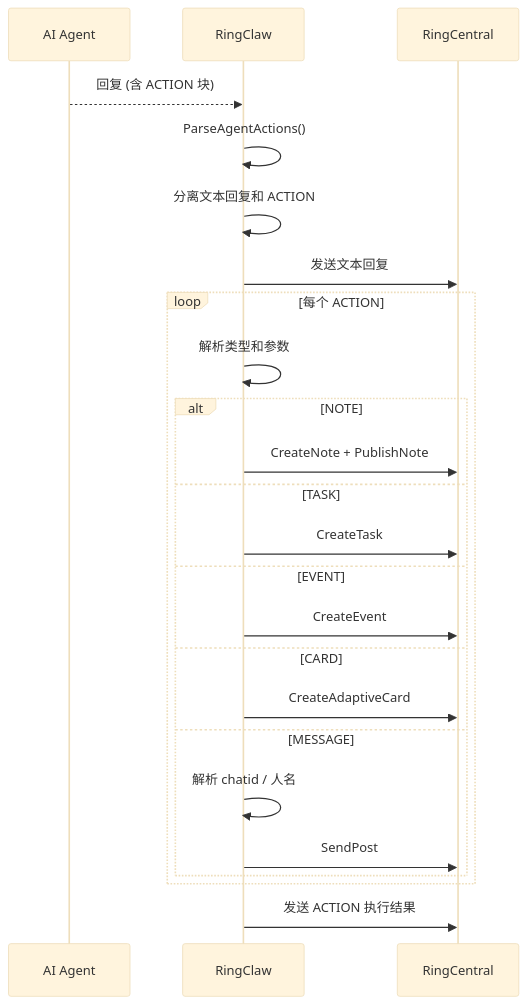
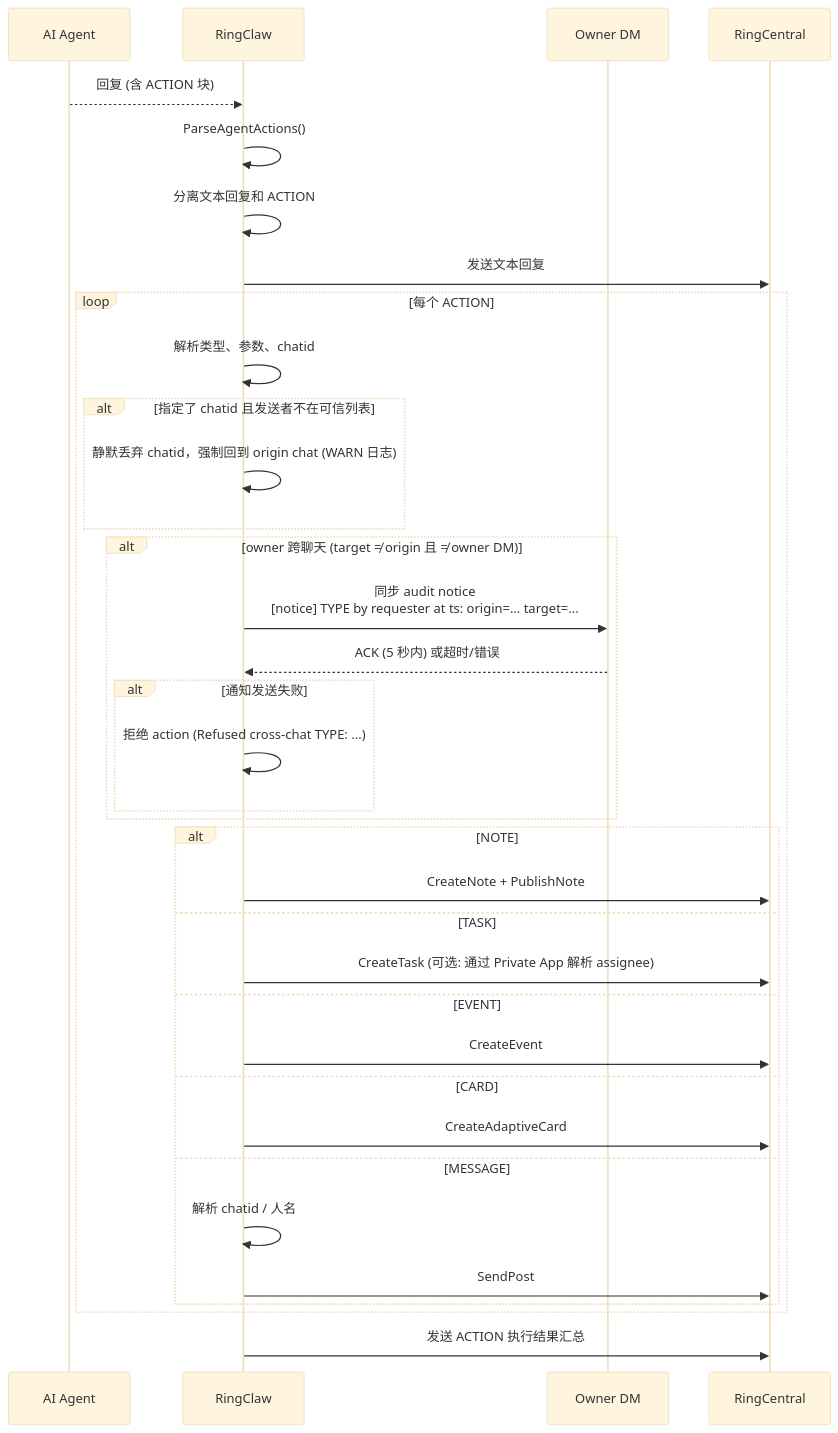
Before and after one commit to ringclaw/ringclaw: the diagram in docs/zh/features/actions.md, drawn with Mermaid (base theme). The commit also changed other lines of this file and 8 other files, not shown here.

First line of the commit message:
docs: refresh mermaid diagrams and restructure site nav

````diff
--- a/docs/zh/features/actions.md
+++ b/docs/zh/features/actions.md
@@ -13,27 +13,38 @@
 ```mermaid
 sequenceDiagram
     participant AI as AI Agent
     participant R as RingClaw
+    participant O as Owner DM
     participant RC as RingCentral
 
     AI-->>R: 回复 (含 ACTION 块)
     R->>R: ParseAgentActions()
     R->>R: 分离文本回复和 ACTION
     R->>RC: 发送文本回复
     loop 每个 ACTION
-        R->>R: 解析类型和参数
+        R->>R: 解析类型、参数、chatid
+        alt 指定了 chatid 且发送者不在可信列表
+            R->>R: 静默丢弃 chatid，强制回到 origin chat (WARN 日志)
+        end
+        alt owner 跨聊天 (target ≠ origin 且 ≠ owner DM)
+            R->>O: 同步 audit notice<br/>[notice] TYPE by requester at ts: origin=... target=...
+            O-->>R: ACK (5 秒内) 或超时/错误
+            alt 通知发送失败
+                R->>R: 拒绝 action (Refused cross-chat TYPE: ...)
+            end
+        end
         alt NOTE
             R->>RC: CreateNote + PublishNote
         else TASK
-            R->>RC: CreateTask
+            R->>RC: CreateTask (可选: 通过 Private App 解析 assignee)
         else EVENT
             R->>RC: CreateEvent
         else CARD
             R->>RC: CreateAdaptiveCard
         else MESSAGE
             R->>R: 解析 chatid / 人名
             R->>RC: SendPost
         end
     end
-    R->>RC: 发送 ACTION 执行结果
+    R->>RC: 发送 ACTION 执行结果汇总
 ```
````
